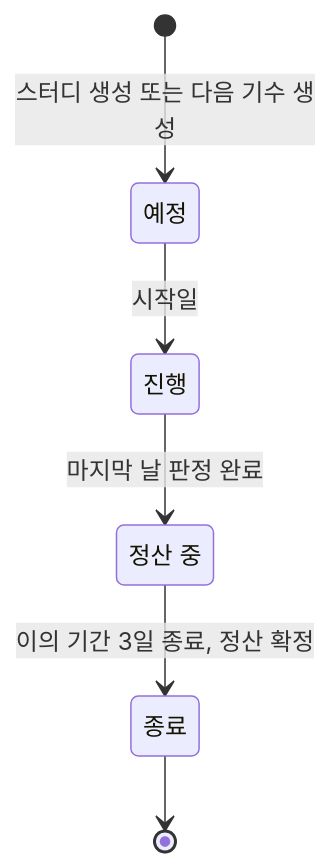
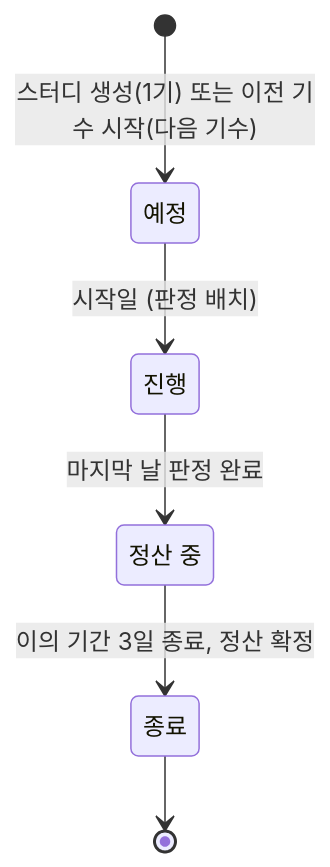
The fifth of 5 diagrams in docs/spec/domain-rules.md (Duskafka/codingtest-harness), drawn with Mermaid before and after one commit. The commit also changed other lines of this file and 7 other files, not shown here.

````diff
--- a/docs/spec/domain-rules.md
+++ b/docs/spec/domain-rules.md
@@ -167,12 +167,12 @@
 ```mermaid
 stateDiagram-v2
     state "예정" as SCHEDULED
     state "진행" as ACTIVE
     state "정산 중" as SETTLING
     state "종료" as CLOSED
-    [*] --> SCHEDULED: 스터디 생성 또는 다음 기수 생성
-    SCHEDULED --> ACTIVE: 시작일
+    [*] --> SCHEDULED: 스터디 생성(1기) 또는 이전 기수 시작(다음 기수)
+    SCHEDULED --> ACTIVE: 시작일 (판정 배치)
     ACTIVE --> SETTLING: 마지막 날 판정 완료
     SETTLING --> CLOSED: 이의 기간 3일 종료, 정산 확정
     CLOSED --> [*]
 ```
````
